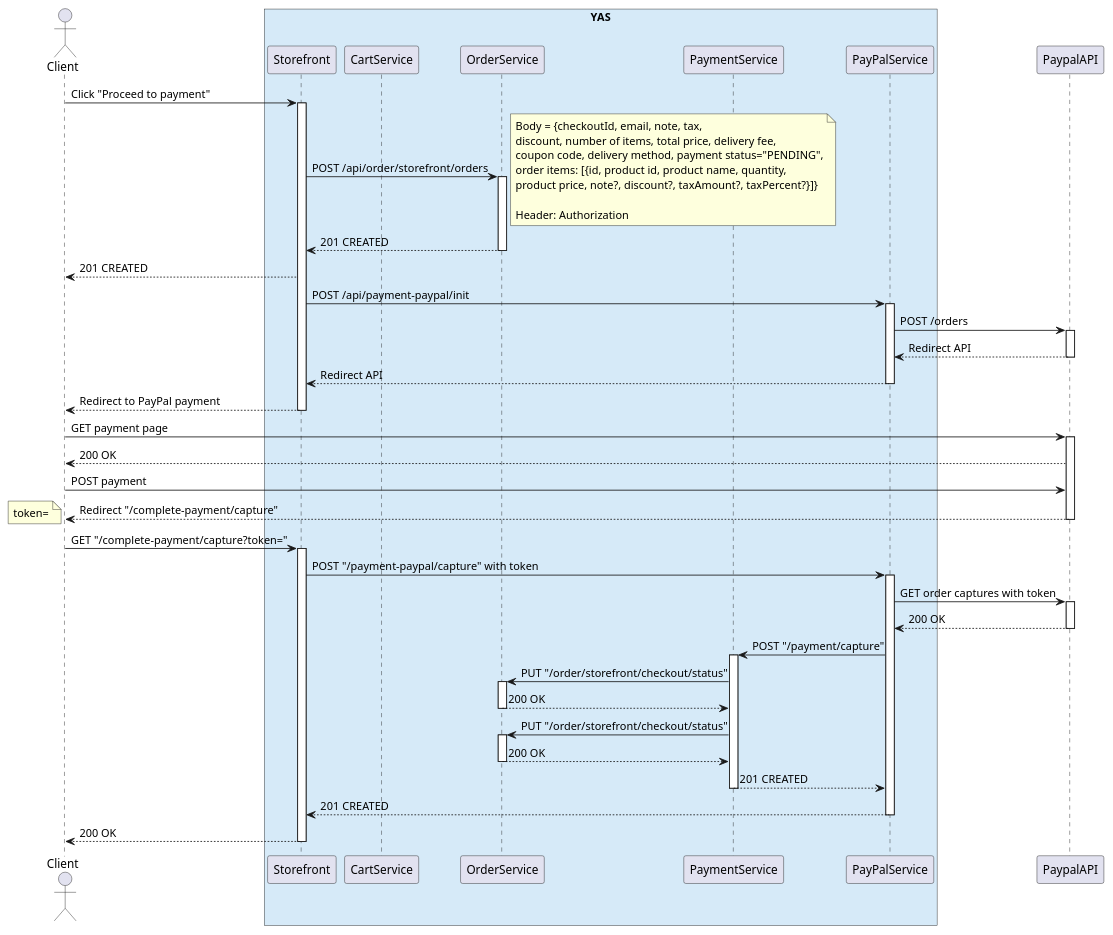
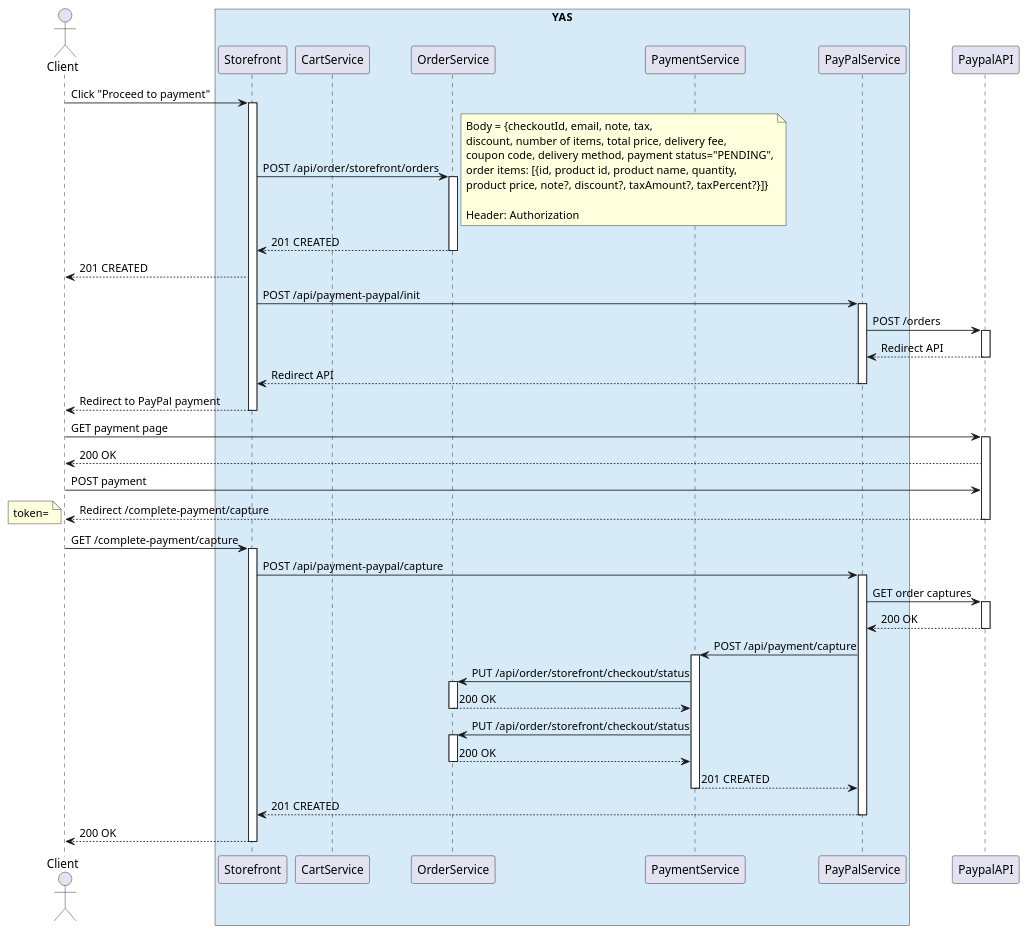
Before and after one commit to nashtech-garage/yas: the diagram in order/docs/uml/CreateOrderFlow.puml, drawn with PlantUML. The commit also changed 3 other files, not shown here.

Commit message:
Small change in sequence diagrams

```diff
--- a/order/docs/uml/CreateOrderFlow.puml
+++ b/order/docs/uml/CreateOrderFlow.puml
@@ -1,73 +1,71 @@
 @startuml Create order flow
 actor Client
 box "YAS" #D6EAF8
 participant Storefront as NextJs
 participant CartService as cart
 participant OrderService as order
 participant PaymentService as payment
 participant PayPalService as ppal
 end box
 participant PaypalAPI as ppAPI
 
 Client -> NextJs: Click "Proceed to payment"
 activate NextJs
 NextJs -> order: POST /api/order/storefront/orders
 note right
     Body = {checkoutId, email, note, tax,
     discount, number of items, total price, delivery fee,
     coupon code, delivery method, payment status="PENDING",
     order items: [{id, product id, product name, quantity,
     product price, note?, discount?, taxAmount?, taxPercent?}]}
 
     Header: Authorization
 end note
 activate order
 order --> NextJs: 201 CREATED
 deactivate order
 NextJs --> Client: 201 CREATED
 NextJs -> ppal: POST /api/payment-paypal/init
 activate ppal
 ppal -> ppAPI: POST /orders
 activate ppAPI
 ppAPI --> ppal: Redirect API
 deactivate ppAPI
 ppal --> NextJs: Redirect API
 deactivate ppal
 NextJs --> Client: Redirect to PayPal payment
 deactivate NextJs
 Client -> ppAPI: GET payment page
 activate ppAPI
 ppAPI --> Client: 200 OK
 Client -> ppAPI: POST payment
-ppAPI --> Client: Redirect "/complete-payment/capture"
+ppAPI --> Client: Redirect /complete-payment/capture
 note left
 token=
 end note
 deactivate ppAPI
-Client -> NextJs: GET "/complete-payment/capture?token="
+Client -> NextJs: GET /complete-payment/capture
 activate NextJs
-NextJs -> ppal: POST "/payment-paypal/capture" with token
+NextJs -> ppal: POST /api/payment-paypal/capture
 activate ppal
-ppal -> ppAPI: GET order captures with token
+ppal -> ppAPI: GET order captures
 activate ppAPI
 ppAPI --> ppal: 200 OK
 deactivate ppAPI
-ppal -> payment: POST "/payment/capture"
+ppal -> payment: POST /api/payment/capture
 activate payment
-payment -> order: PUT "/order/storefront/checkout/status"
+payment -> order: PUT /api/order/storefront/checkout/status
 activate order
 order --> payment: 200 OK
 deactivate order
-payment -> order: PUT "/order/storefront/checkout/status"
+payment -> order: PUT /api/order/storefront/checkout/status
 activate order
 order --> payment: 200 OK
 deactivate order
 payment --> ppal: 201 CREATED
 deactivate payment
 ppal --> NextJs: 201 CREATED
 deactivate ppal
 NextJs --> Client: 200 OK
 deactivate NextJs
-
-deactivate NextJs
 @enduml
```
